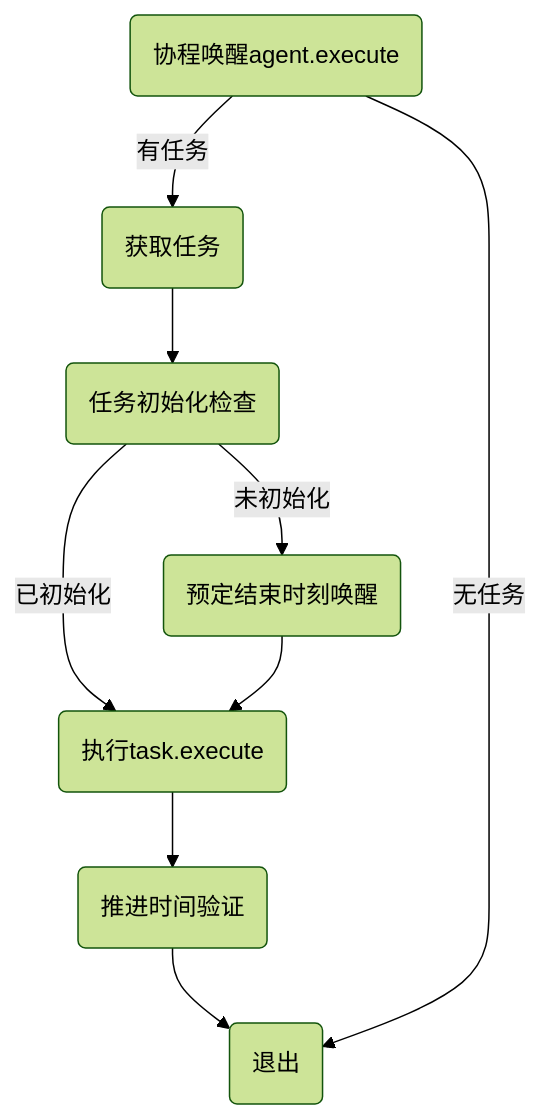
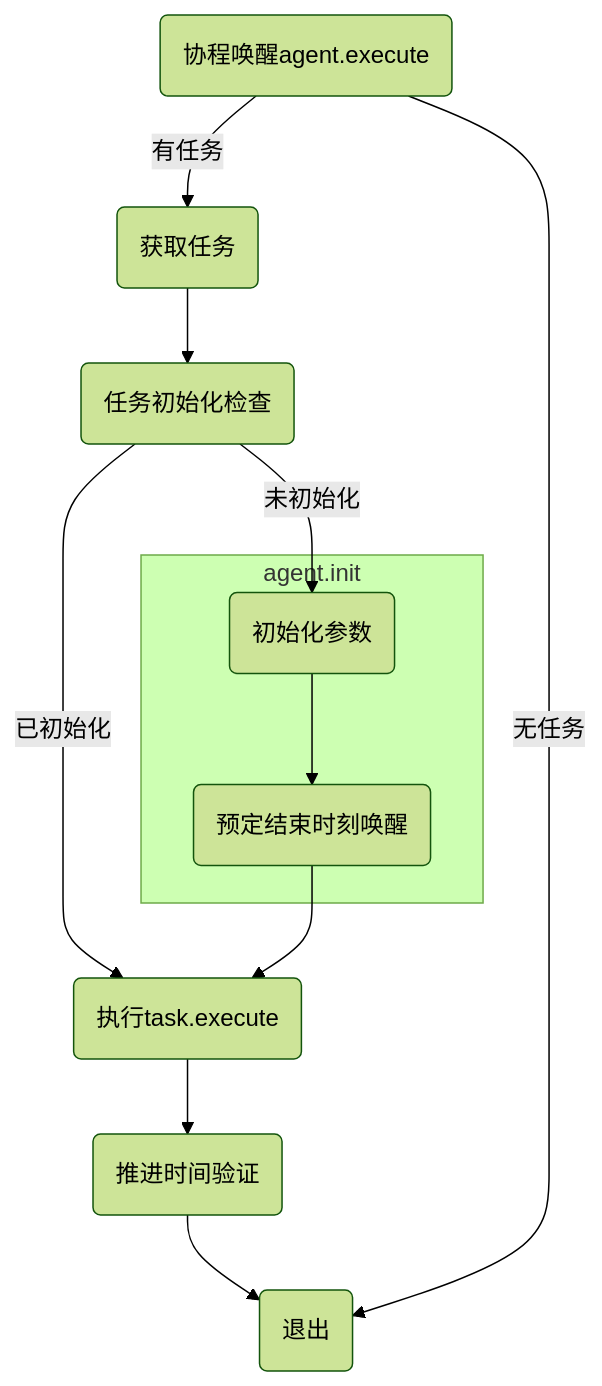
One commit to huuhghhgyg/Container-Terminal-Simulation changed the fourth of 4 diagrams in docs/agent-template.md. Above: the diagram before and after it, drawn with Mermaid (forest theme). The commit also changed other lines of this file and 2 other files, not shown here.

````diff
--- a/docs/agent-template.md
+++ b/docs/agent-template.md
@@ -43,15 +47,18 @@
 ```mermaid
 graph
 invoke(协程唤醒agent.execute)
 get_task(获取任务)
 init(任务初始化检查)
 execute(执行task.execute)
 verify_dt(推进时间验证)
 exit(退出)
 
-nail(预定结束时刻唤醒)
+subgraph agent.init
+  init_params(初始化参数)
+  nail(预定结束时刻唤醒)
+end
 
 invoke-->|有任务|get_task-->init-->|已初始化|execute-->verify_dt-->exit
 invoke-->|无任务|exit
-init-->|未初始化|nail-->execute
+init-->|未初始化|init_params-->nail-->execute
 ```
````
